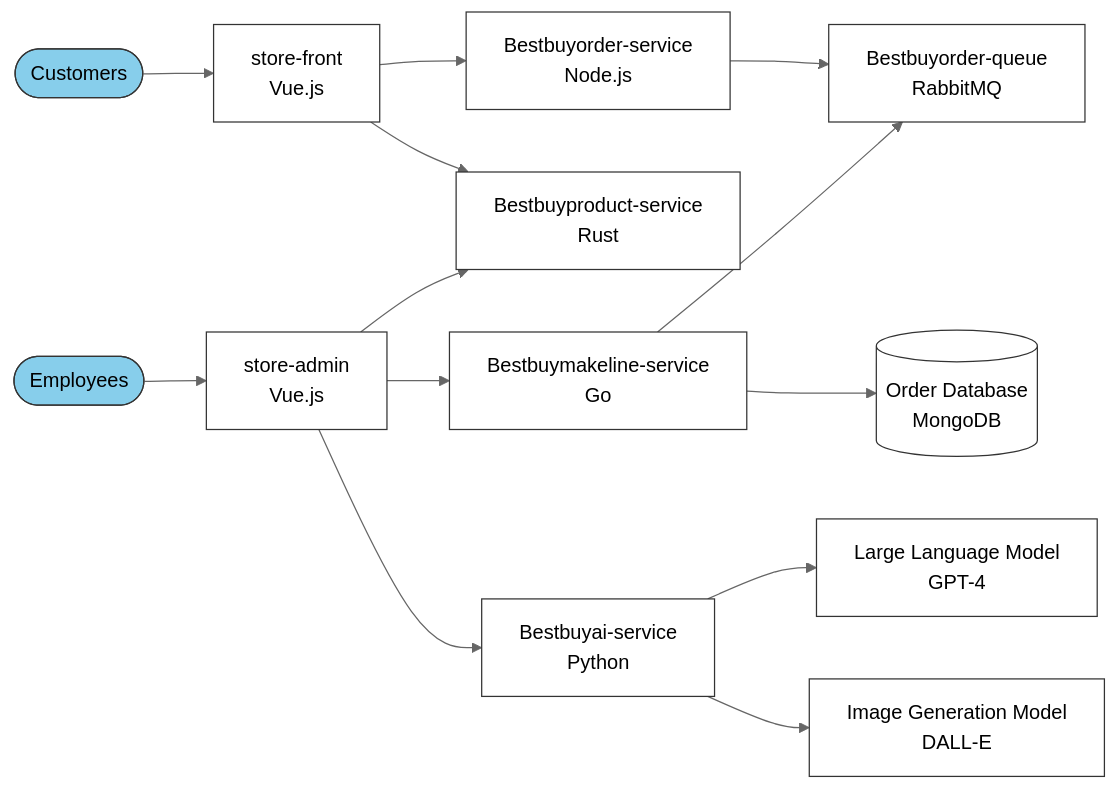
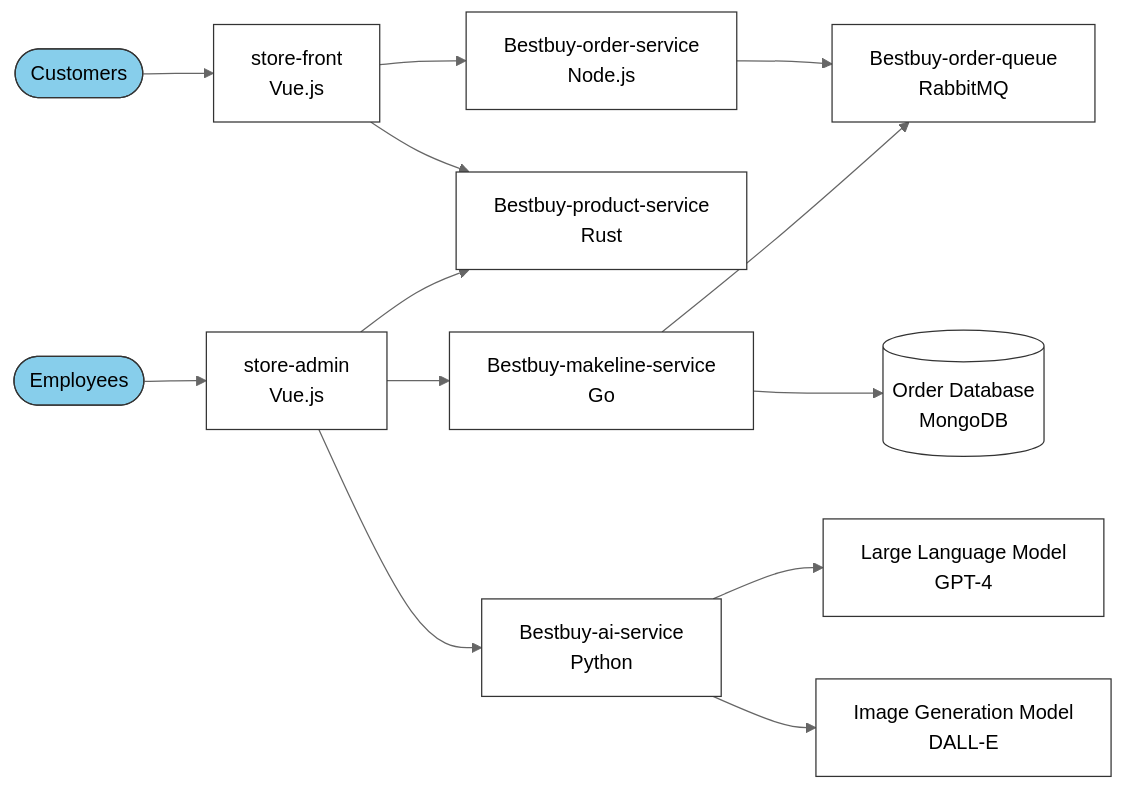
The diagram in README.MD (meinai-otoko/Assignment2-Full-Stack), drawn with Mermaid (neutral theme) before and after one commit.

````diff
--- a/README.MD
+++ b/README.MD
@@ -9,32 +9,32 @@
 ```mermaid
 graph LR
     A([Customers]) --> B[store-front<br>Vue.js]
     E([Employees]) --> F[store-admin<br>Vue.js]
     
-    B --> C[Bestbuyorder-service<br>Node.js]
-    B --> D[Bestbuyproduct-service<br>Rust]
+    B --> C[Bestbuy-order-service<br>Node.js]
+    B --> D[Bestbuy-product-service<br>Rust]
     
     F --> D
-    F --> G[Bestbuymakeline-service<br>Go]
-    F --> H[Bestbuyai-service<br>Python]
+    F --> G[Bestbuy-makeline-service<br>Go]
+    F --> H[Bestbuy-ai-service<br>Python]
     
-    C --> I[Bestbuyorder-queue<br>RabbitMQ]
+    C --> I[Bestbuy-order-queue<br>RabbitMQ]
     G --> I
     
     G --> J[(Order Database<br>MongoDB)]
     
     H --> K[Large Language Model<br>GPT-4]
     H --> L[Image Generation Model<br>DALL-E]
 
     classDef users fill:#87CEEB,stroke:#333
     classDef services fill:#fff,stroke:#333
     classDef queue fill:#fff,stroke:#333
     classDef database fill:#fff,stroke:#333
     classDef external fill:#fff,stroke:#333
 
     class A,E users
     class B,C,D,F,G,H services
     class I queue
     class J database
     class K,L external
 ```
````
